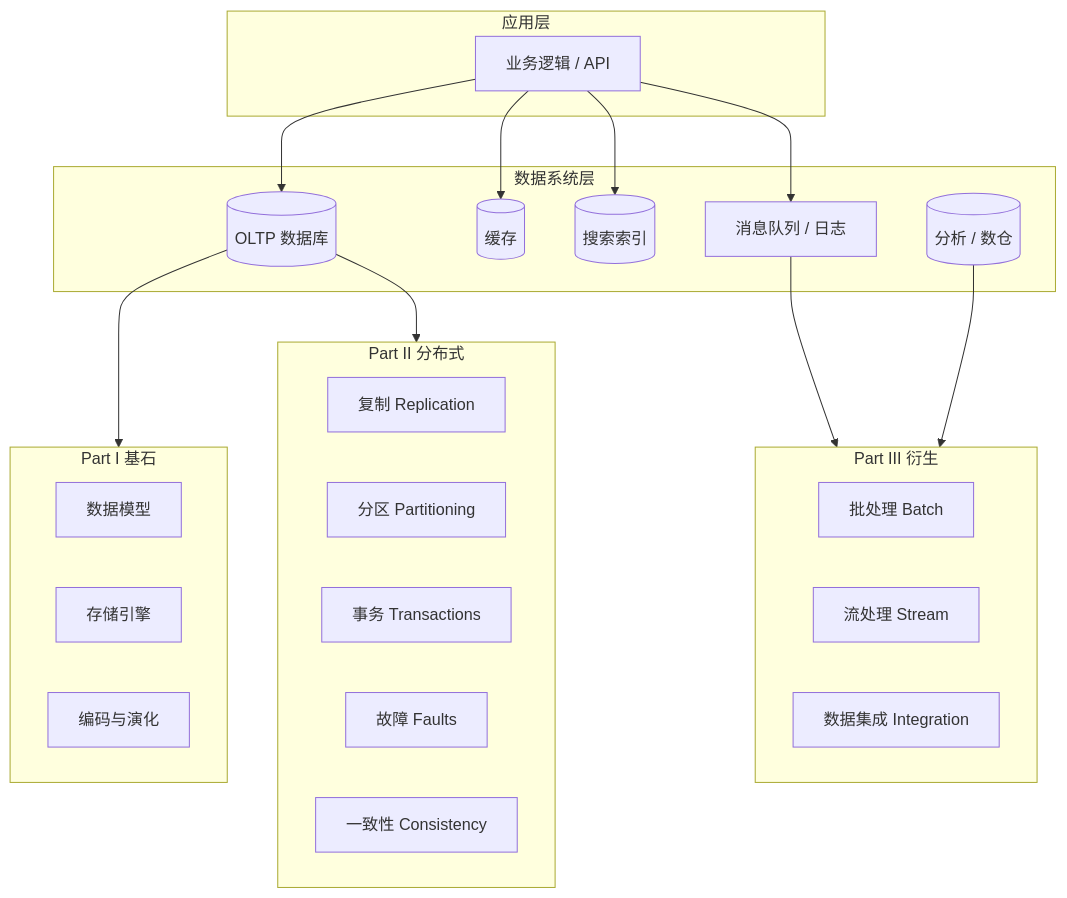
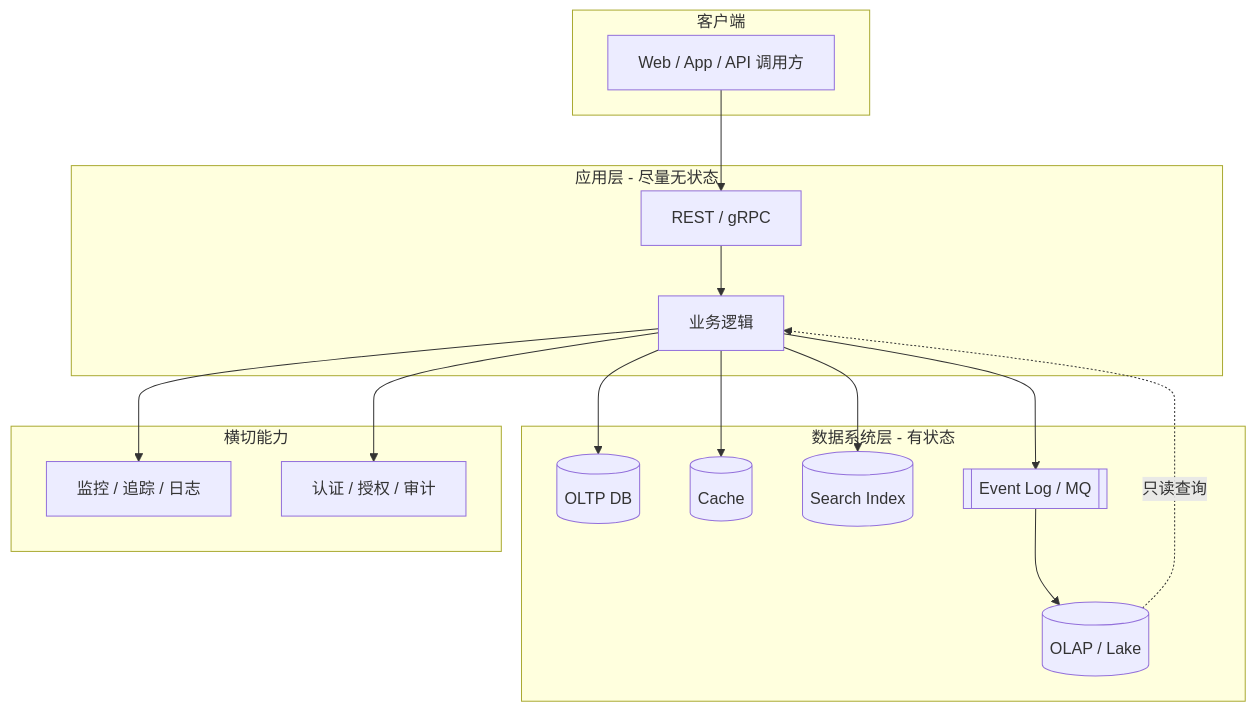
Before and after one commit to guoyang13/KnowledgeVault: the second of 4 diagrams in Senior Java Engineer/4-架构与设计/数据密集型应用系统设计/01-学习工具/02-核心概念地图.md, drawn with Mermaid. The commit also changed other lines of this file and 23 other files, not shown here.

````diff
--- a/Senior Java Engineer/4-架构与设计/数据密集型应用系统设计/01-学习工具/02-核心概念地图.md
+++ b/Senior Java Engineer/4-架构与设计/数据密集型应用系统设计/01-学习工具/02-核心概念地图.md
@@ -15,40 +47,30 @@
 ```mermaid
 flowchart TB
-  subgraph app [应用层]
-    A[业务逻辑 / API]
+  subgraph client [客户端]
+    U[Web / App / API 调用方]
   end
 
-  subgraph data [数据系统层]
-    DB[(OLTP 数据库)]
-    Cache[(缓存)]
-    Search[(搜索索引)]
-    MQ[消息队列 / 日志]
-    OLAP[(分析 / 数仓)]
+  subgraph app [应用层 - 尽量无状态]
+    API[REST / gRPC]
+    APP[业务逻辑]
   end
 
-  subgraph foundations [Part I 基石]
-    M[数据模型]
-    S[存储引擎]
-    E[编码与演化]
+  subgraph data [数据系统层 - 有状态]
+    OLTP[(OLTP DB)]
+    CACHE[(Cache)]
+    SEARCH[(Search Index)]
+    LOG[[Event Log / MQ]]
+    OLAP[(OLAP / Lake)]
   end
 
-  subgraph distributed [Part II 分布式]
-    R[复制 Replication]
-    P[分区 Partitioning]
-    T[事务 Transactions]
-    F[故障 Faults]
-    C[一致性 Consistency]
+  subgraph ops [横切能力]
+    OBS[监控 / 追踪 / 日志]
+    SEC[认证 / 授权 / 审计]
   end
 
-  subgraph derived [Part III 衍生]
-    B[批处理 Batch]
-    ST[流处理 Stream]
-    I[数据集成 Integration]
-  end
-
-  A --> DB & Cache & Search & MQ
-  DB --> foundations
-  DB --> distributed
-  MQ --> derived
-  OLAP --> derived
+  U --> API --> APP
+  APP --> OLTP & CACHE & SEARCH & LOG
+  LOG --> OLAP
+  OLAP -.->|只读查询| APP
+  APP --> OBS & SEC
 ```
````
